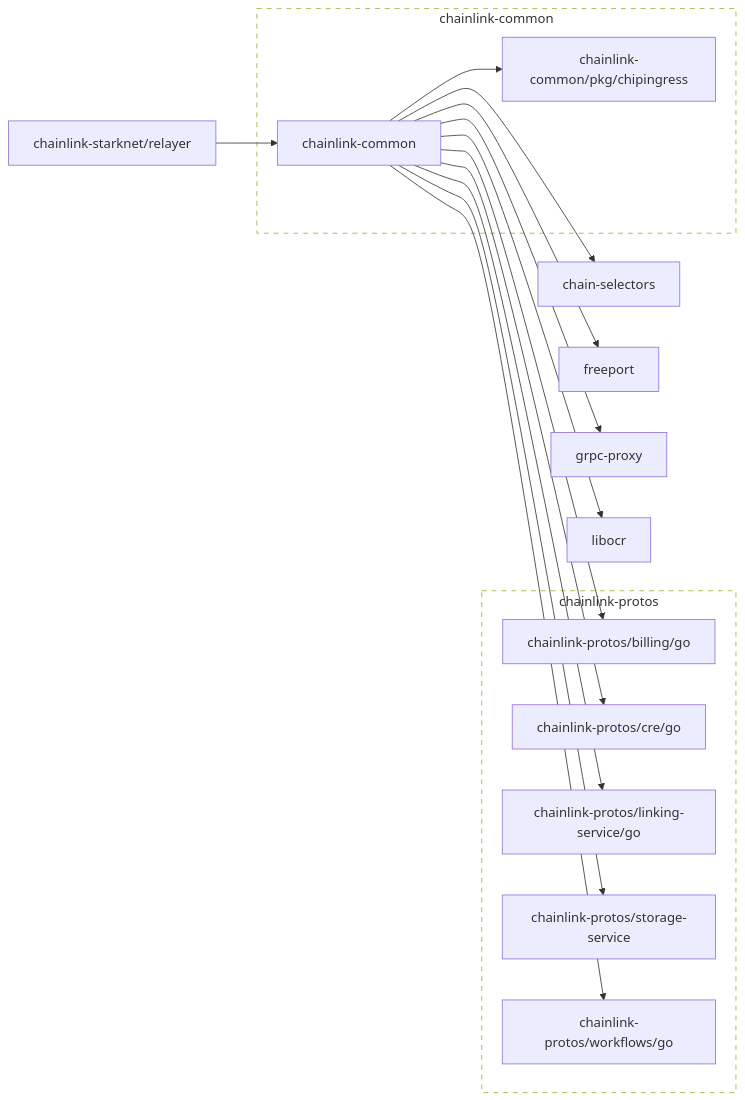
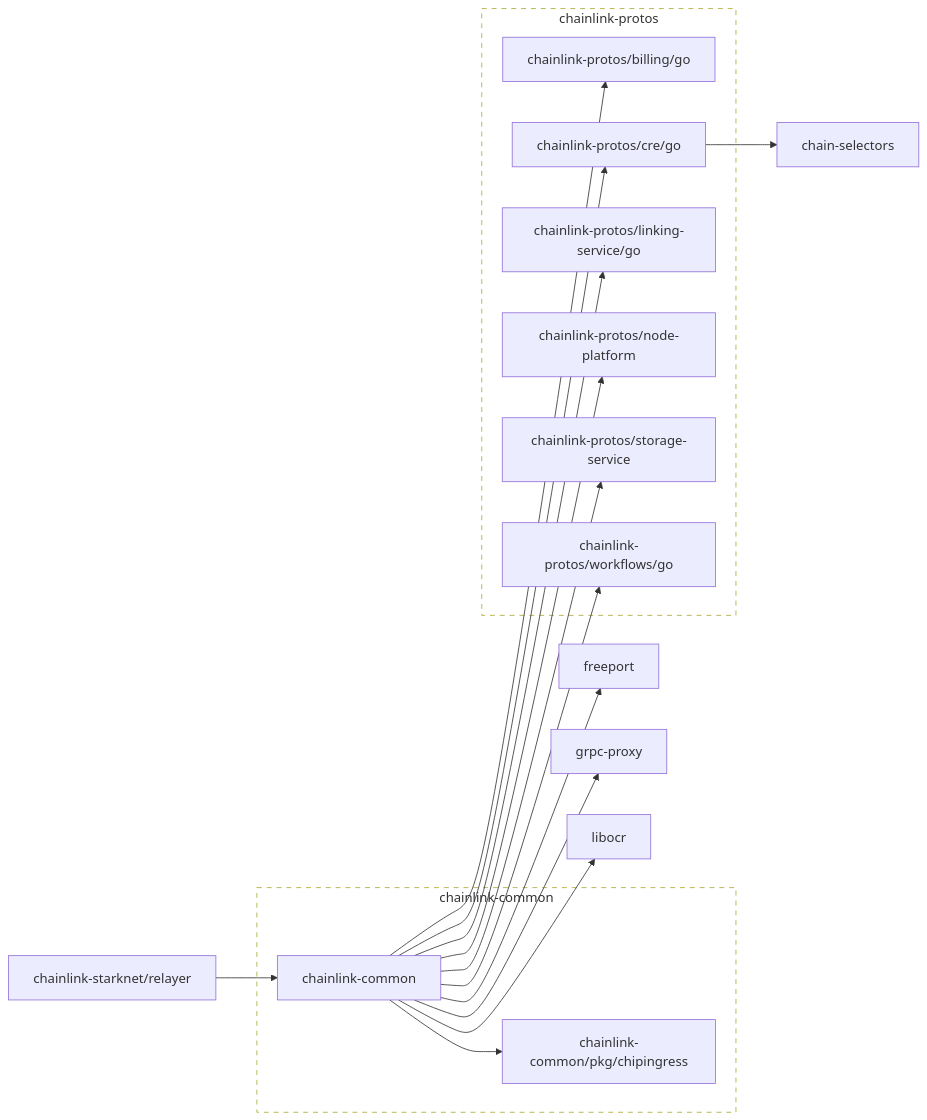
Before and after one commit to smartcontractkit/chainlink-starknet: the first of 2 diagrams in go.md, drawn with Mermaid. The commit also changed other lines of this file and 19 other files, not shown here.

````diff
--- a/go.md
+++ b/go.md
@@ -3,55 +3,58 @@
 ```mermaid
 flowchart LR
 
 	chain-selectors
 	click chain-selectors href "https://github.com/smartcontractkit/chain-selectors"
-	chainlink-common --> chain-selectors
 	chainlink-common --> chainlink-common/pkg/chipingress
 	chainlink-common --> chainlink-protos/billing/go
 	chainlink-common --> chainlink-protos/cre/go
 	chainlink-common --> chainlink-protos/linking-service/go
+	chainlink-common --> chainlink-protos/node-platform
 	chainlink-common --> chainlink-protos/storage-service
 	chainlink-common --> chainlink-protos/workflows/go
 	chainlink-common --> freeport
 	chainlink-common --> grpc-proxy
 	chainlink-common --> libocr
 	click chainlink-common href "https://github.com/smartcontractkit/chainlink-common"
 	chainlink-common/pkg/chipingress
 	click chainlink-common/pkg/chipingress href "https://github.com/smartcontractkit/chainlink-common"
 	chainlink-protos/billing/go
 	click chainlink-protos/billing/go href "https://github.com/smartcontractkit/chainlink-protos"
-	chainlink-protos/cre/go
+	chainlink-protos/cre/go --> chain-selectors
 	click chainlink-protos/cre/go href "https://github.com/smartcontractkit/chainlink-protos"
 	chainlink-protos/linking-service/go
 	click chainlink-protos/linking-service/go href "https://github.com/smartcontractkit/chainlink-protos"
+	chainlink-protos/node-platform
+	click chainlink-protos/node-platform href "https://github.com/smartcontractkit/chainlink-protos"
 	chainlink-protos/storage-service
 	click chainlink-protos/storage-service href "https://github.com/smartcontractkit/chainlink-protos"
 	chainlink-protos/workflows/go
 	click chainlink-protos/workflows/go href "https://github.com/smartcontractkit/chainlink-protos"
 	chainlink-starknet/relayer --> chainlink-common
 	click chainlink-starknet/relayer href "https://github.com/smartcontractkit/chainlink-starknet"
 	freeport
 	click freeport href "https://github.com/smartcontractkit/freeport"
 	grpc-proxy
 	click grpc-proxy href "https://github.com/smartcontractkit/grpc-proxy"
 	libocr
 	click libocr href "https://github.com/smartcontractkit/libocr"
 
 	subgraph chainlink-common-repo[chainlink-common]
 		 chainlink-common
 		 chainlink-common/pkg/chipingress
 	end
 	click chainlink-common-repo href "https://github.com/smartcontractkit/chainlink-common"
 
 	subgraph chainlink-protos-repo[chainlink-protos]
 		 chainlink-protos/billing/go
 		 chainlink-protos/cre/go
 		 chainlink-protos/linking-service/go
+		 chainlink-protos/node-platform
 		 chainlink-protos/storage-service
 		 chainlink-protos/workflows/go
 	end
 	click chainlink-protos-repo href "https://github.com/smartcontractkit/chainlink-protos"
 
 	classDef outline stroke-dasharray:6,fill:none;
 	class chainlink-common-repo,chainlink-protos-repo outline
 ```
````
